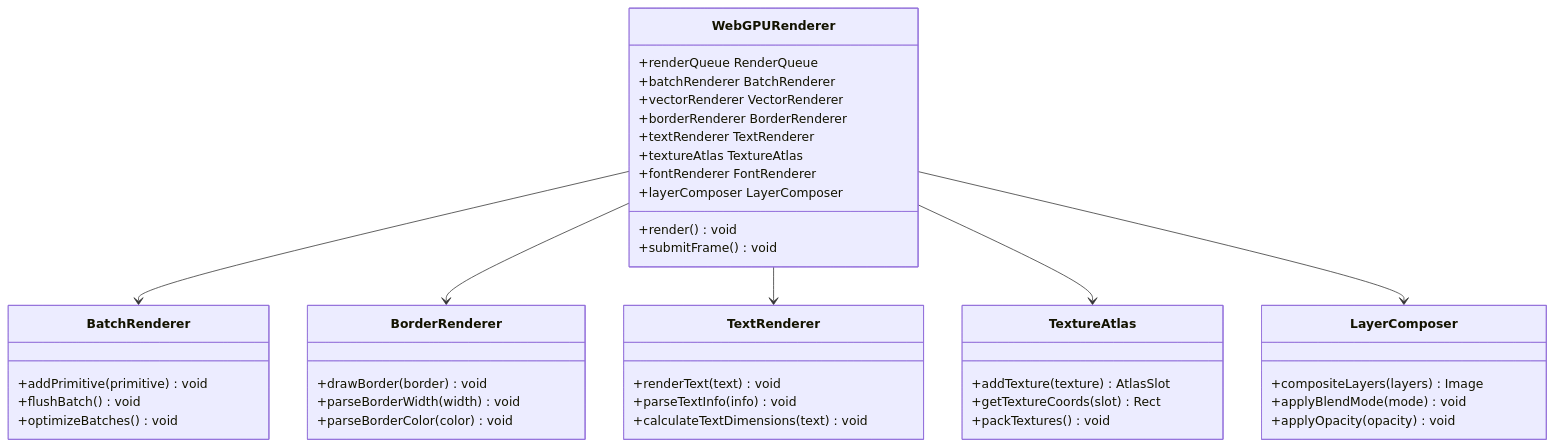
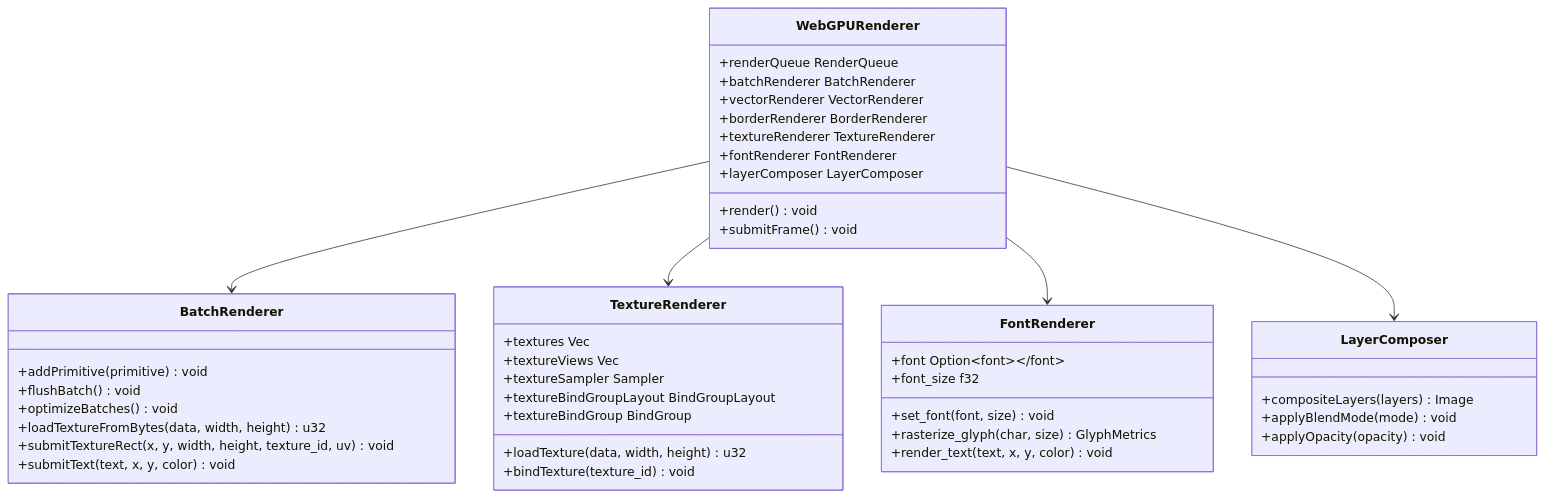
One commit to itszzl-sudo/iris changed the second of 40 diagrams in .qoder/repowiki/zh/content/技术架构详解/WebGPU渲染引擎/WebGPU渲染引擎.md. Above: the diagram before and after it, drawn with Mermaid. The commit also changed other lines of this file and 4 other files, not shown here.

````diff
--- a/.qoder/repowiki/zh/content/技术架构详解/WebGPU渲染引擎/WebGPU渲染引擎.md
+++ b/.qoder/repowiki/zh/content/技术架构详解/WebGPU渲染引擎/WebGPU渲染引擎.md
@@ -117,45 +119,47 @@
 ```mermaid
 classDiagram
 class WebGPURenderer {
 +renderQueue RenderQueue
 +batchRenderer BatchRenderer
 +vectorRenderer VectorRenderer
 +borderRenderer BorderRenderer
-+textRenderer TextRenderer
-+textureAtlas TextureAtlas
++textureRenderer TextureRenderer
 +fontRenderer FontRenderer
 +layerComposer LayerComposer
 +render() void
 +submitFrame() void
 }
 class BatchRenderer {
 +addPrimitive(primitive) void
 +flushBatch() void
 +optimizeBatches() void
++loadTextureFromBytes(data, width, height) u32
++submitTextureRect(x, y, width, height, texture_id, uv) void
++submitText(text, x, y, color) void
 }
-class BorderRenderer {
-+drawBorder(border) void
-+parseBorderWidth(width) void
-+parseBorderColor(color) void
+class TextureRenderer {
++textures Vec<Texture>
++textureViews Vec<TextureView>
++textureSampler Sampler
++textureBindGroupLayout BindGroupLayout
++textureBindGroup BindGroup
++loadTexture(data, width, height) u32
++bindTexture(texture_id) void
 }
-class TextRenderer {
-+renderText(text) void
-+parseTextInfo(info) void
-+calculateTextDimensions(text) void
-}
-class TextureAtlas {
-+addTexture(texture) AtlasSlot
-+getTextureCoords(slot) Rect
-+packTextures() void
+class FontRenderer {
++font Option<Font>
++font_size f32
++set_font(font, size) void
++rasterize_glyph(char, size) GlyphMetrics
++render_text(text, x, y, color) void
 }
 class LayerComposer {
 +compositeLayers(layers) Image
 +applyBlendMode(mode) void
 +applyOpacity(opacity) void
 }
 WebGPURenderer --> BatchRenderer
-WebGPURenderer --> BorderRenderer
-WebGPURenderer --> TextRenderer
-WebGPURenderer --> TextureAtlas
+WebGPURenderer --> TextureRenderer
+WebGPURenderer --> FontRenderer
 WebGPURenderer --> LayerComposer
 ```
````
